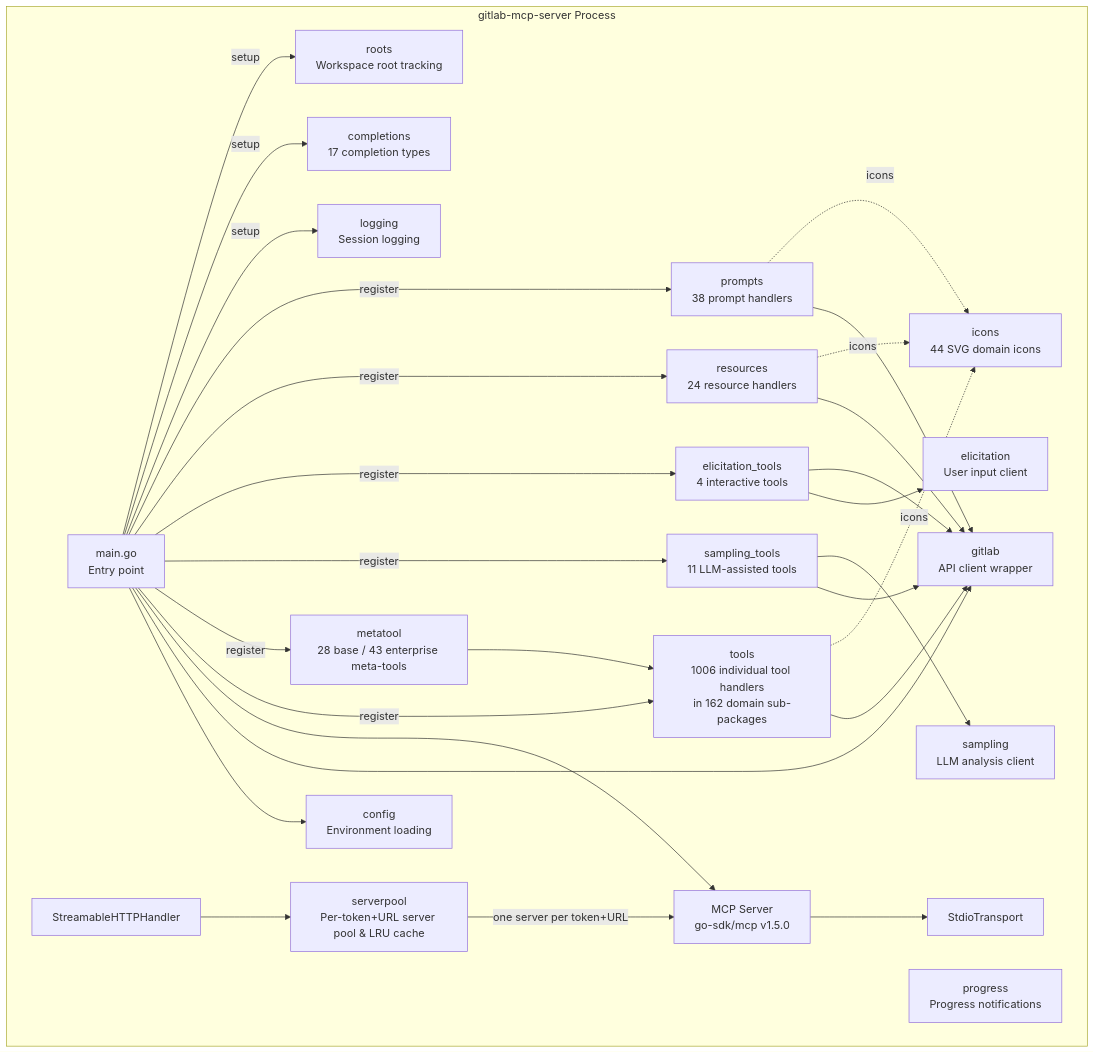
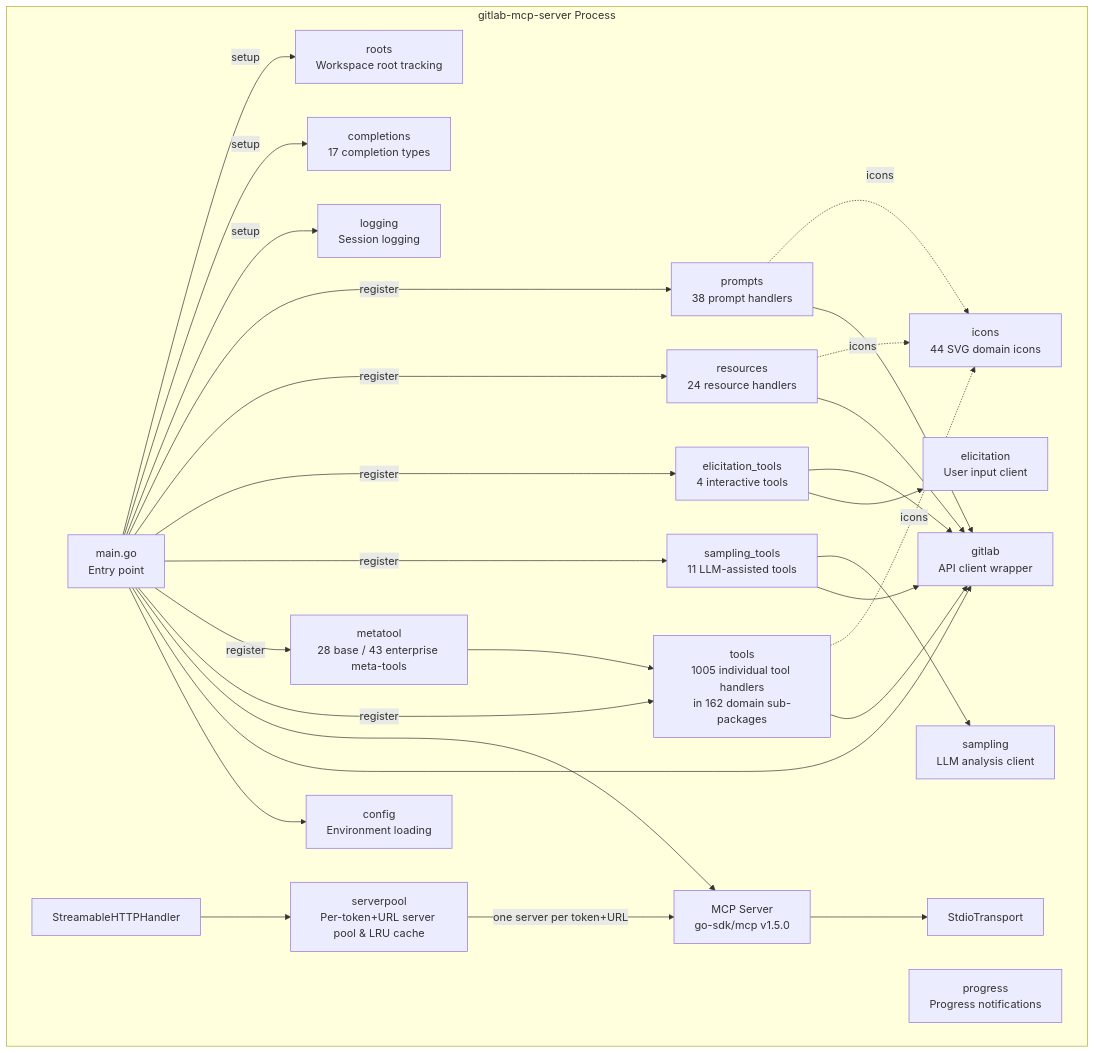
One commit to jmrplens/gitlab-mcp-server changed the third of 9 diagrams in docs/architecture.md. Above: the diagram before and after it, drawn with Mermaid. The commit also changed other lines of this file and 44 other files, not shown here.

````diff
--- a/docs/architecture.md
+++ b/docs/architecture.md
@@ -64,52 +64,52 @@
 ```mermaid
 graph TD
     subgraph "gitlab-mcp-server Process"
         MAIN[main.go<br/>Entry point]
         CFG[config<br/>Environment loading]
         GL[gitlab<br/>API client wrapper]
-        TOOLS[tools<br/>1006 individual tool handlers<br/>in 162 domain sub-packages]
+        TOOLS[tools<br/>1005 individual tool handlers<br/>in 162 domain sub-packages]
         META[metatool<br/>28 base / 43 enterprise meta-tools]
         SAMP[sampling_tools<br/>11 LLM-assisted tools]
         ELIC[elicitation_tools<br/>4 interactive tools]
         RES[resources<br/>24 resource handlers]
         PROMPTS[prompts<br/>38 prompt handlers]
         LOG[logging<br/>Session logging]
         COMP[completions<br/>17 completion types]
         ROOTS[roots<br/>Workspace root tracking]
         PROG[progress<br/>Progress notifications]
         SAMPLING[sampling<br/>LLM analysis client]
         ELICIT[elicitation<br/>User input client]
         ICN[icons<br/>44 SVG domain icons]
         SRV[MCP Server<br/>go-sdk/mcp v1.5.0]
         STDIO[StdioTransport]
         HTTP[StreamableHTTPHandler]
         POOL[serverpool<br/>Per-token+URL server pool & LRU cache]
     end
 
     MAIN --> CFG
     MAIN --> GL
     MAIN --> SRV
     SRV --> STDIO
     HTTP --> POOL
     POOL -->|one server per token+URL| SRV
     TOOLS --> GL
     META --> TOOLS
     SAMP --> GL
     SAMP --> SAMPLING
     ELIC --> ELICIT
     ELIC --> GL
     RES --> GL
     PROMPTS --> GL
     MAIN -->|register| TOOLS
     MAIN -->|register| META
     MAIN -->|register| SAMP
     MAIN -->|register| ELIC
     MAIN -->|register| RES
     MAIN -->|register| PROMPTS
     TOOLS -.->|icons| ICN
     RES -.->|icons| ICN
     PROMPTS -.->|icons| ICN
     MAIN -->|setup| LOG
     MAIN -->|setup| COMP
     MAIN -->|setup| ROOTS
 ```
````
